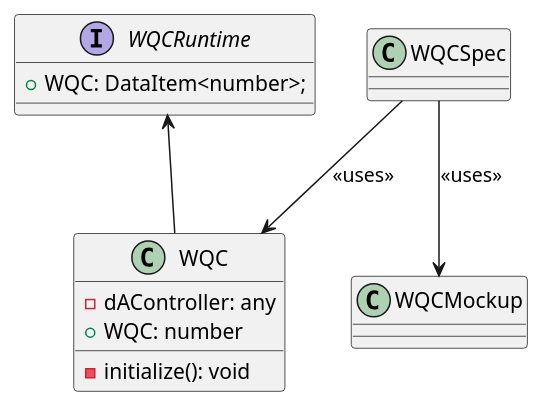
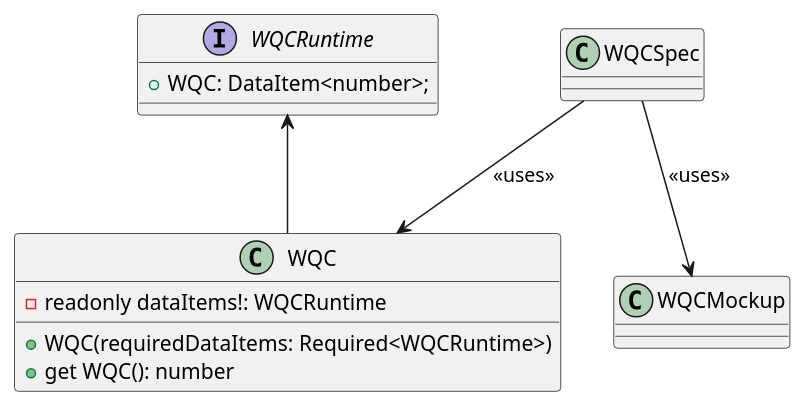
Before and after one commit to p2o-lab/polaris-backend: the diagram in src/modularPlantManager/pea/dataAssembly/baseFunction/wqc/WQC.puml, drawn with PlantUML. The commit also changed 12 other files, not shown here.

```diff
--- a/src/modularPlantManager/pea/dataAssembly/baseFunction/wqc/WQC.puml
+++ b/src/modularPlantManager/pea/dataAssembly/baseFunction/wqc/WQC.puml
@@ -26,17 +26,17 @@
 @startuml
 'https://plantuml.com/class-diagram
 
 interface WQCRuntime {
     + WQC: DataItem<number>;
 }
 
 class WQC{
-    - dAController: any
-    - initialize(): void
-    + WQC: number
+    - readonly dataItems!: WQCRuntime
+    + WQC(requiredDataItems: Required<WQCRuntime>)
+    + get WQC(): number
 }
 
 WQCRuntime <-- WQC
 WQCSpec --> WQC : <<uses>>
 WQCSpec --> WQCMockup : <<uses>>
 @enduml
```
